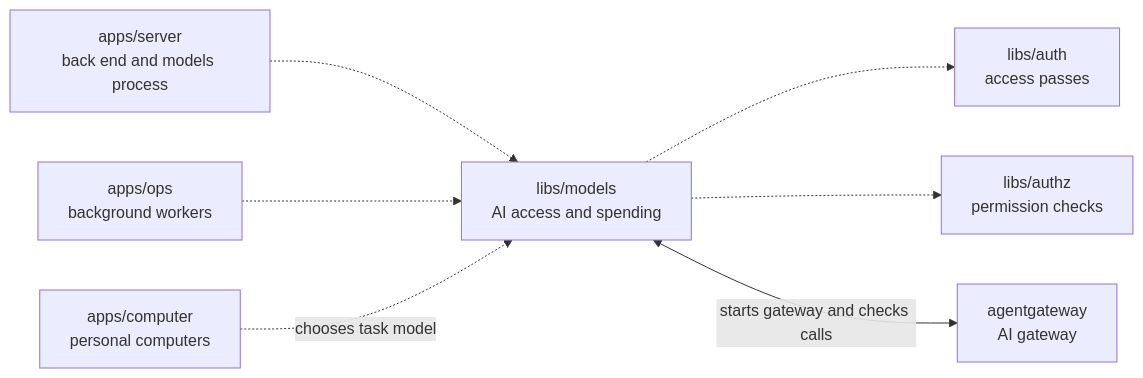
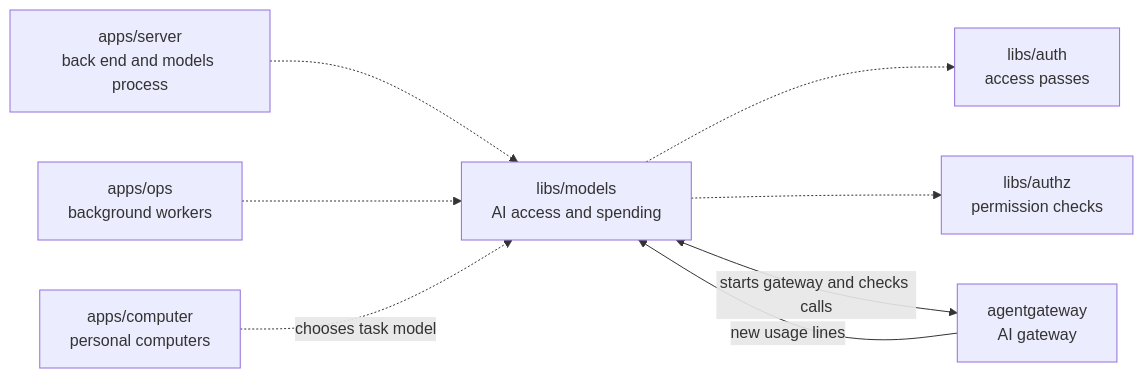
The diagram in libs/models/README.md (elewa-git/opencrane-new), drawn with Mermaid before and after one commit. The commit also changed other lines of this file and 16 other files, not shown here.

````diff
--- a/libs/models/README.md
+++ b/libs/models/README.md
@@ -11,9 +11,10 @@
 ```mermaid
 flowchart LR
   server["apps/server<br/>back end and models process"] -.-> models["libs/models<br/>AI access and spending"]
   ops["apps/ops<br/>background workers"] -.-> models
   computer["apps/computer<br/>personal computers"] -.->|chooses task model| models
   models -.-> auth["libs/auth<br/>access passes"]
   models -.-> authz["libs/authz<br/>permission checks"]
   models <-->|starts gateway and checks calls| gateway["agentgateway<br/>AI gateway"]
+  gateway -->|new usage lines| models
 ```
````
